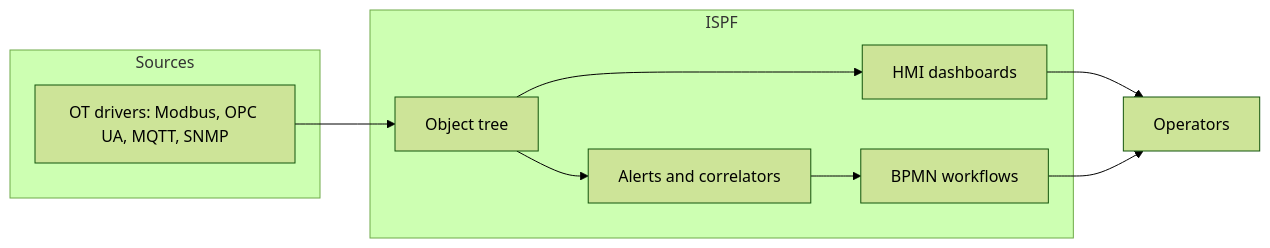
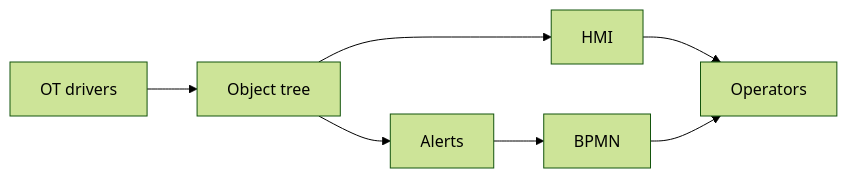
One commit to iot-solutions-ru/ispf changed the diagram in README.md. Above: the diagram before and after it, drawn with Mermaid (forest theme).

Commit message:
fix(readme): simplify Mermaid for GitHub and strip UTF-8 BOM.
Colons in quoted labels and subgraphs still failed to render; use a minimal flowchart and write README without BOM.

````diff
--- a/README.md
+++ b/README.md
@@ -30,18 +30,9 @@
 ```mermaid
 flowchart LR
-  subgraph Sources
-    D["OT drivers: Modbus, OPC UA, MQTT, SNMP"]
-  end
-  subgraph ISPF
-    T["Object tree"]
-    H["HMI dashboards"]
-    A["Alerts and correlators"]
-    W["BPMN workflows"]
-  end
-  D --> T
-  T --> H
-  T --> A
-  A --> W
-  H --> Op["Operators"]
+  D[OT drivers] --> T[Object tree]
+  T --> H[HMI]
+  T --> A[Alerts]
+  A --> W[BPMN]
+  H --> Op[Operators]
   W --> Op
 ```
````
